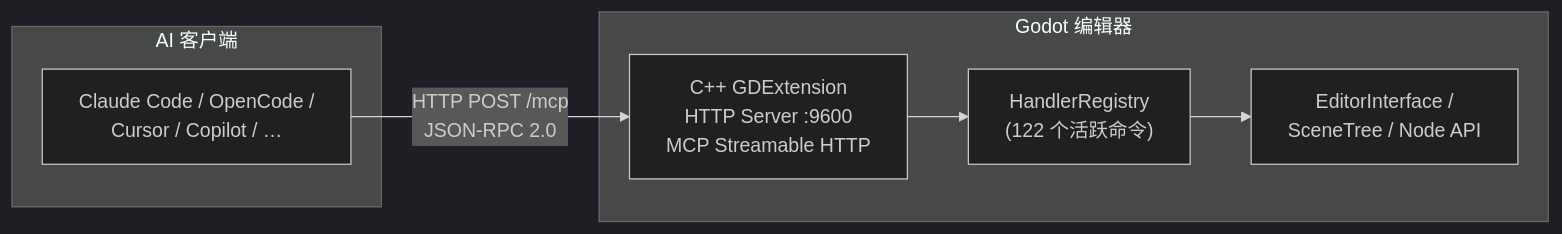
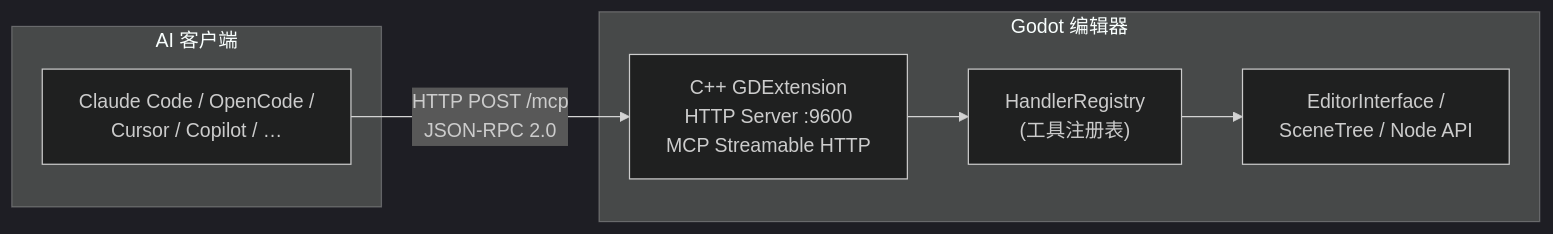
Before and after one commit to jesspig/GodotMCP-GDExtension: the diagram in README-zh.md, drawn with Mermaid (dark theme). The commit also changed other lines of this file and 12 other files, not shown here.

````diff
--- a/README-zh.md
+++ b/README-zh.md
@@ -13,16 +13,16 @@
 ```mermaid
 graph LR
     subgraph AI["AI 客户端"]
         Client["Claude Code / OpenCode /<br/>Cursor / Copilot / …"]
     end
 
     subgraph GodotProc["Godot 编辑器"]
         HTTP["C++ GDExtension<br/>HTTP Server :9600<br/>MCP Streamable HTTP"]
-        Registry["HandlerRegistry<br/>(122 个活跃命令)"]
+        Registry["HandlerRegistry<br/>(工具注册表)"]
         Editor["EditorInterface /<br/>SceneTree / Node API"]
     end
 
     Client -->|HTTP POST /mcp<br/>JSON-RPC 2.0| HTTP
     HTTP --> Registry
     Registry --> Editor
 ```
````
